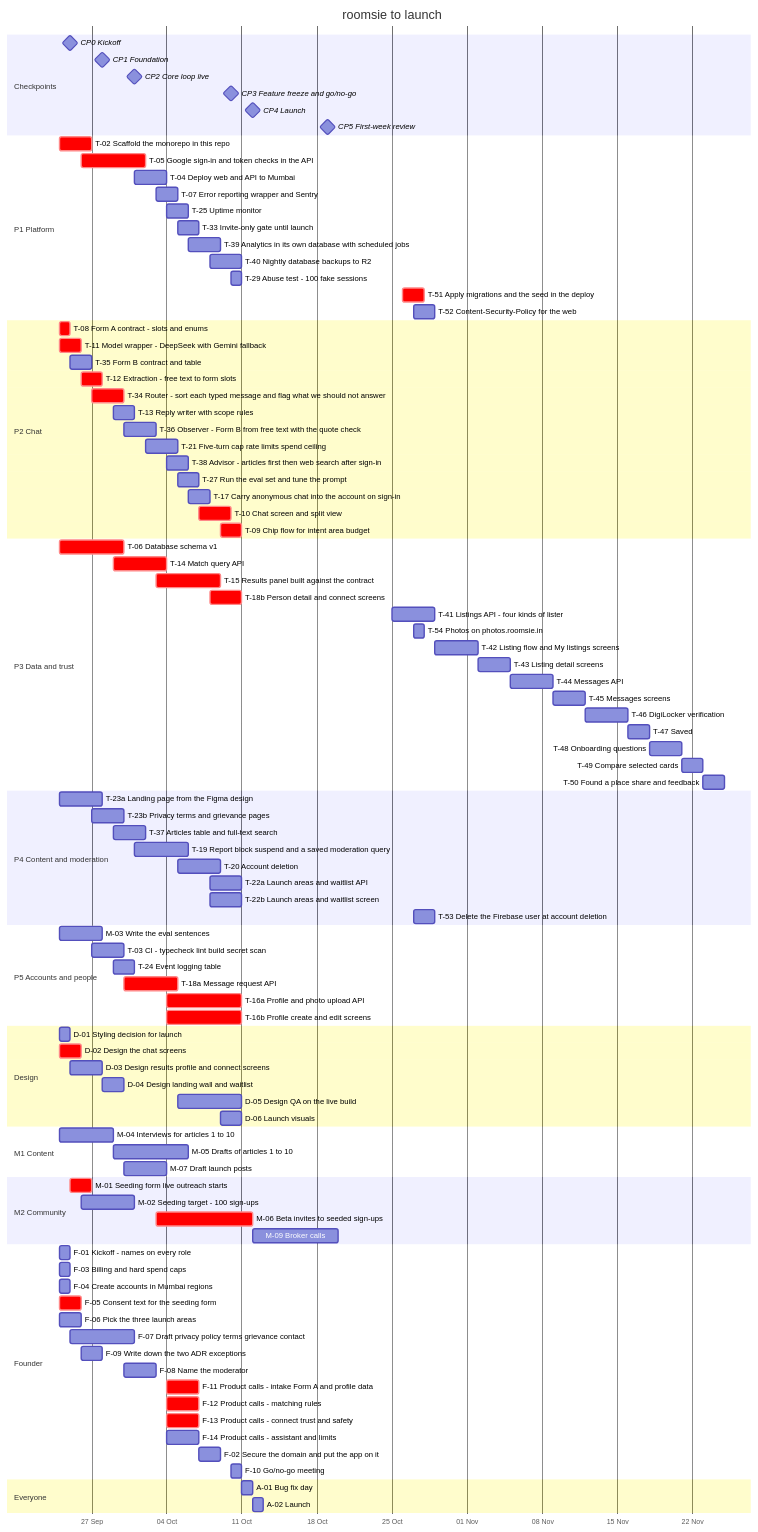
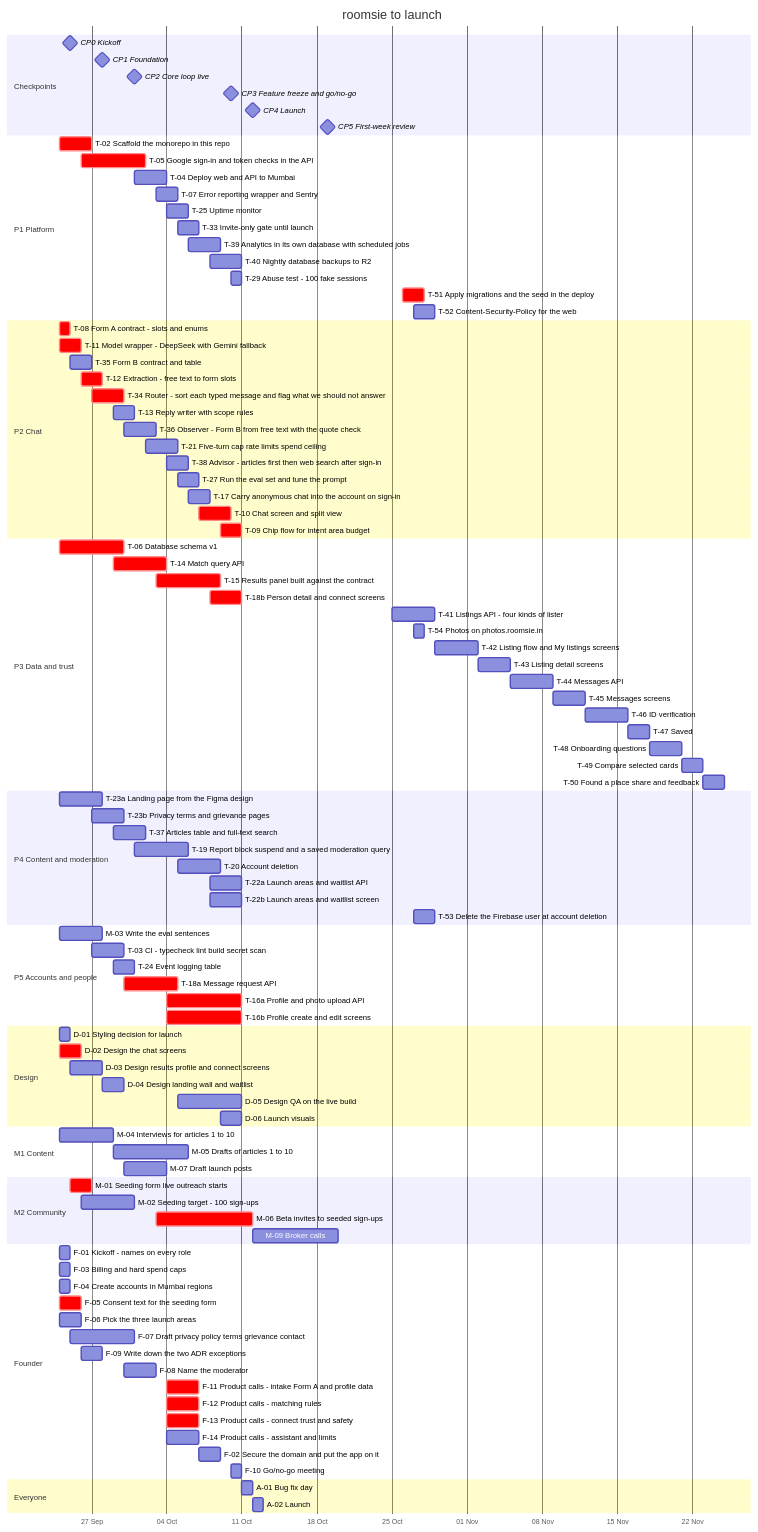
Before and after one commit to magentawood/roomsie: the diagram in docs/team-plan.md, drawn with Mermaid. The commit also changed other lines of this file and 23 other files, not shown here.

Commit message:
Plan: in v0 a person checks an ID and a selfie, DigiLocker comes in v1, and a listing goes live before the review

```diff
--- a/docs/team-plan.md
+++ b/docs/team-plan.md
@@ -359,7 +359,7 @@
     T-43 Listing detail screens :t43, 2026-11-02, 3d
     T-44 Messages API :t44, 2026-11-05, 4d
     T-45 Messages screens :t45, 2026-11-09, 3d
-    T-46 DigiLocker verification :t46, 2026-11-12, 4d
+    T-46 ID verification :t46, 2026-11-12, 4d
     T-47 Saved :t47, 2026-11-16, 2d
     T-48 Onboarding questions :t48, 2026-11-18, 3d
     T-49 Compare selected cards :t49, 2026-11-21, 2d
```
